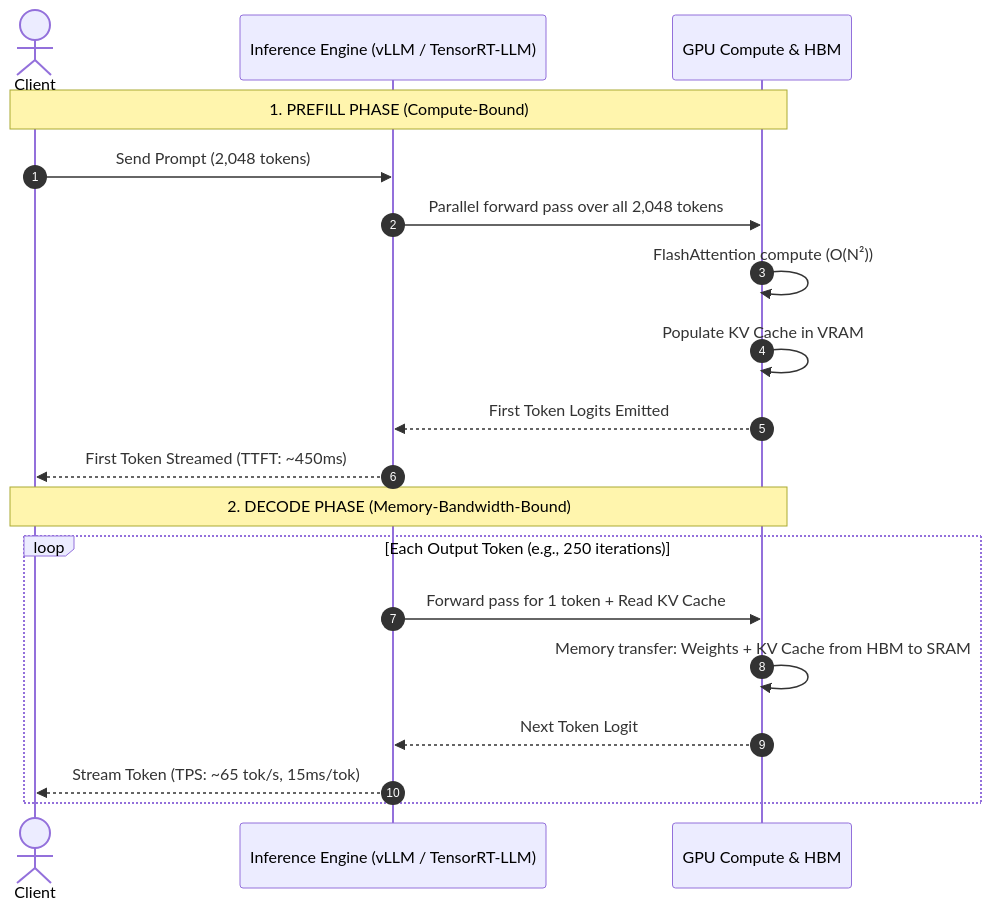
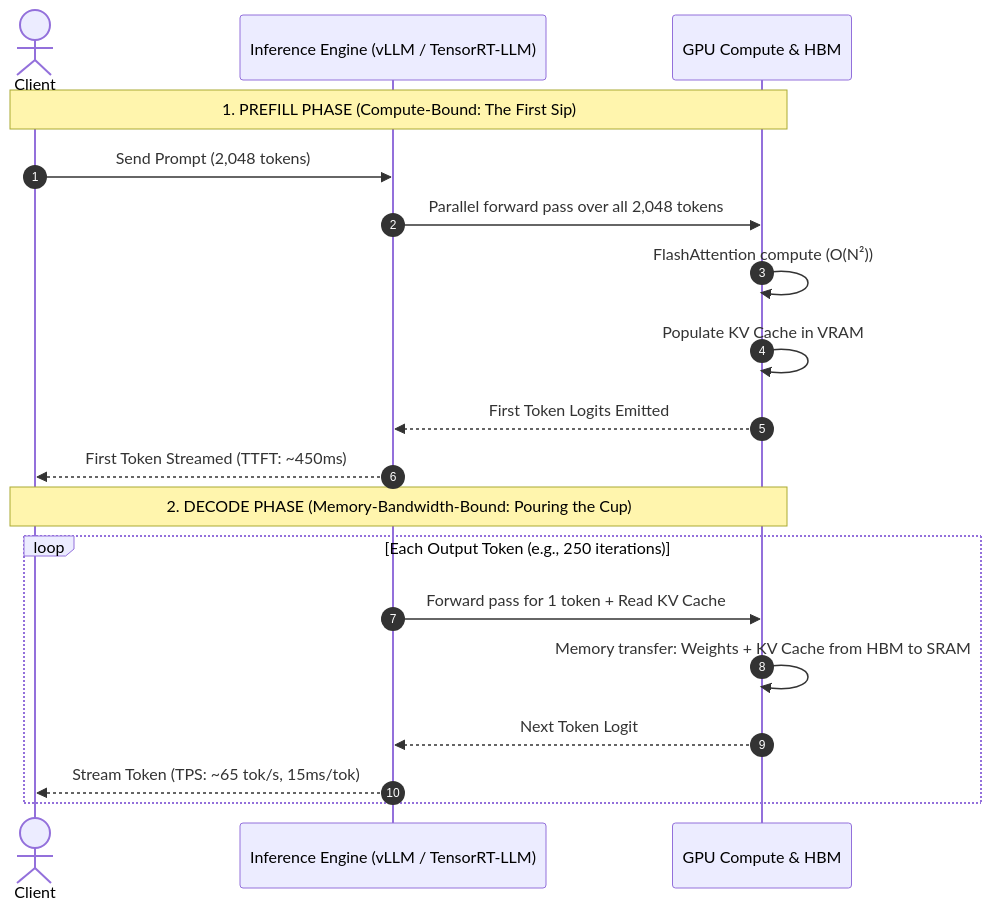
Before and after one commit to dip4k/senior-engineer-to-ai-engineer-roadmap: the eighth of 13 diagrams in 00-foundations-and-token-mechanics/README.md, drawn with Mermaid. The commit also changed other lines of this file and 39 other files, not shown here.

First line of the commit message:
Enhance use case documentation for Enterprise AI, including new architectural standards and resilience implementations

````diff
--- a/00-foundations-and-token-mechanics/README.md
+++ b/00-foundations-and-token-mechanics/README.md
@@ -229,23 +208,23 @@
 ```mermaid
 sequenceDiagram
     autonumber
     actor Client
     participant Server as Inference Engine (vLLM / TensorRT-LLM)
     participant GPU as GPU Compute & HBM
 
-    Note over Client,GPU: 1. PREFILL PHASE (Compute-Bound)
+    Note over Client,GPU: 1. PREFILL PHASE (Compute-Bound: The First Sip)
     Client->>Server: Send Prompt (2,048 tokens)
     Server->>GPU: Parallel forward pass over all 2,048 tokens
     GPU->>GPU: FlashAttention compute (O(N²))
     GPU->>GPU: Populate KV Cache in VRAM
     GPU-->>Server: First Token Logits Emitted
     Server-->>Client: First Token Streamed (TTFT: ~450ms)
 
-    Note over Client,GPU: 2. DECODE PHASE (Memory-Bandwidth-Bound)
+    Note over Client,GPU: 2. DECODE PHASE (Memory-Bandwidth-Bound: Pouring the Cup)
     loop Each Output Token (e.g., 250 iterations)
         Server->>GPU: Forward pass for 1 token + Read KV Cache
         GPU->>GPU: Memory transfer: Weights + KV Cache from HBM to SRAM
         GPU-->>Server: Next Token Logit
         Server-->>Client: Stream Token (TPS: ~65 tok/s, 15ms/tok)
     end
 ```
````
